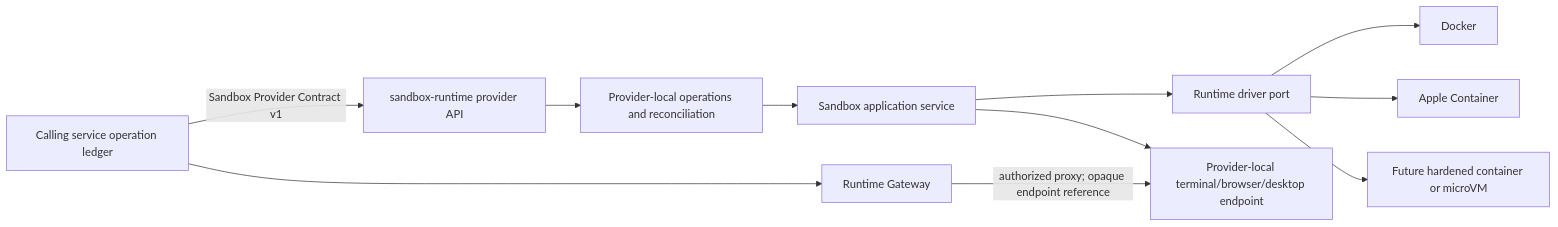
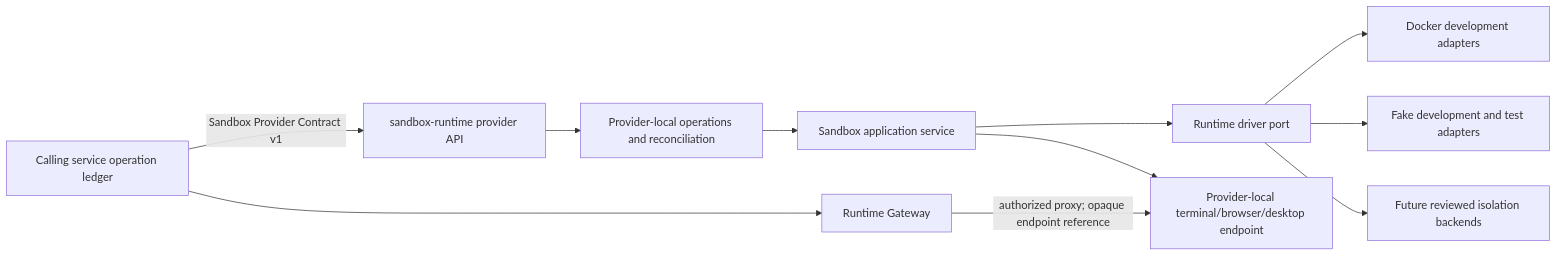
One commit to shell-echo/sandbox-runtime changed the diagram in docs/architecture.md. Above: the diagram before and after it, drawn with Mermaid. The commit also changed other lines of this file and 21 other files, not shown here.

````diff
--- a/docs/architecture.md
+++ b/docs/architecture.md
@@ -55,13 +55,13 @@
 ```mermaid
 flowchart LR
     AP["Calling service operation ledger"] -->|"Sandbox Provider Contract v1"| PA["sandbox-runtime provider API"]
     AP --> RG["Runtime Gateway"]
     PA --> OS["Provider-local operations and reconciliation"]
     OS --> SS["Sandbox application service"]
     SS --> DR["Runtime driver port"]
-    DR --> DO["Docker"]
-    DR --> AC["Apple Container"]
-    DR --> VM["Future hardened container or microVM"]
+    DR --> DO["Docker development adapters"]
+    DR --> FA["Fake development and test adapters"]
+    DR --> VM["Future reviewed isolation backends"]
     RG -->|"authorized proxy; opaque endpoint reference"| EP["Provider-local terminal/browser/desktop endpoint"]
     SS --> EP
 ```
````
